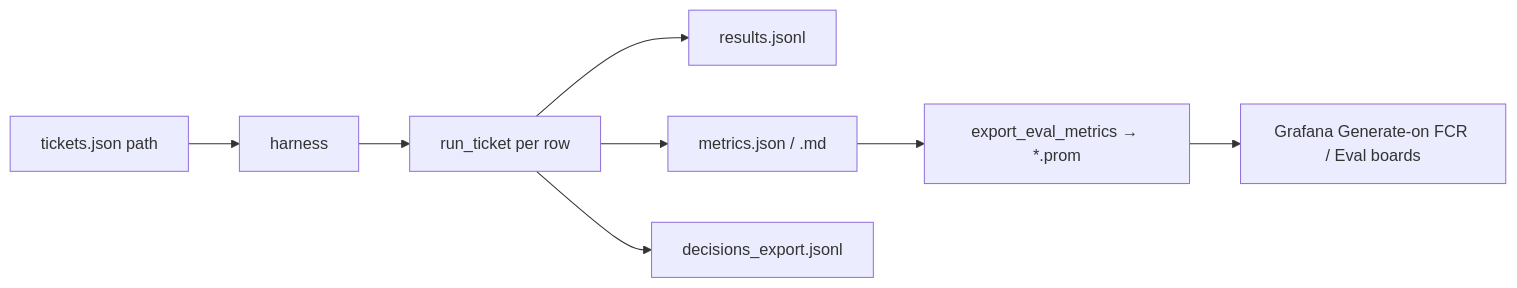
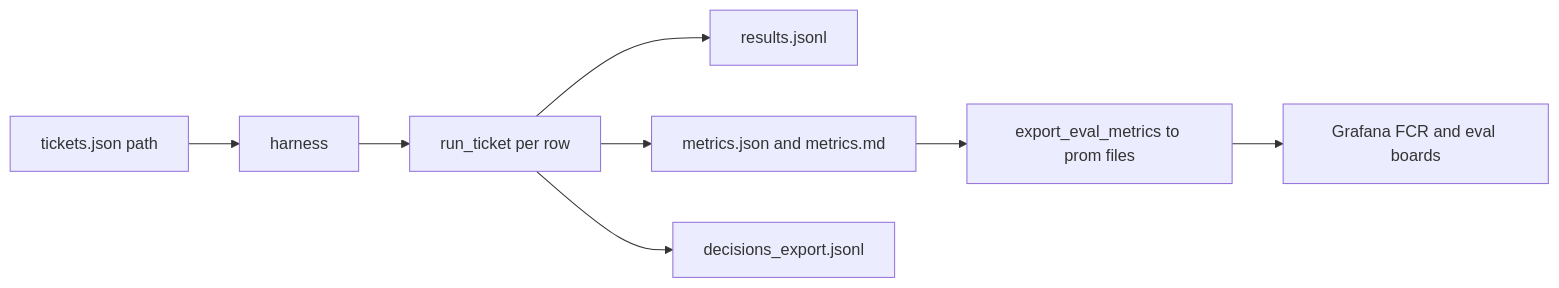
Before and after one commit to learningsam20/cloudserve-assist: the fifth of 6 diagrams in docs/design/architecture/data-flow.md, drawn with Mermaid. The commit also changed other lines of this file and 7 other files, not shown here.

````diff
--- a/docs/design/architecture/data-flow.md
+++ b/docs/design/architecture/data-flow.md
@@ -87,10 +87,10 @@
 ```mermaid
 flowchart LR
-  IN[tickets.json path] --> H[harness]
-  H --> G[run_ticket per row]
-  G --> OUT[results.jsonl]
-  G --> M[metrics.json / .md]
-  G --> D[decisions_export.jsonl]
-  M --> EXP[export_eval_metrics → *.prom]
-  EXP --> GRAF[Grafana Generate-on FCR / Eval boards]
+  IN["tickets.json path"] --> H[harness]
+  H --> G["run_ticket per row"]
+  G --> OUT["results.jsonl"]
+  G --> M["metrics.json and metrics.md"]
+  G --> D["decisions_export.jsonl"]
+  M --> EXP["export_eval_metrics to prom files"]
+  EXP --> GRAF["Grafana FCR and eval boards"]
 ```
````
